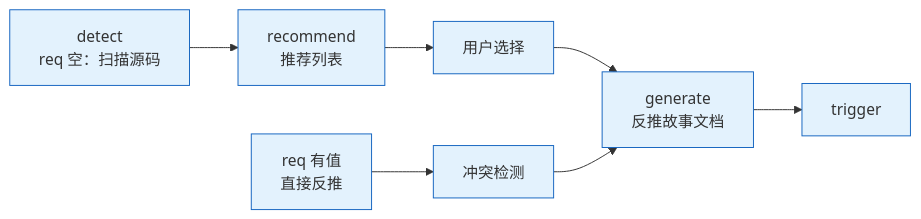
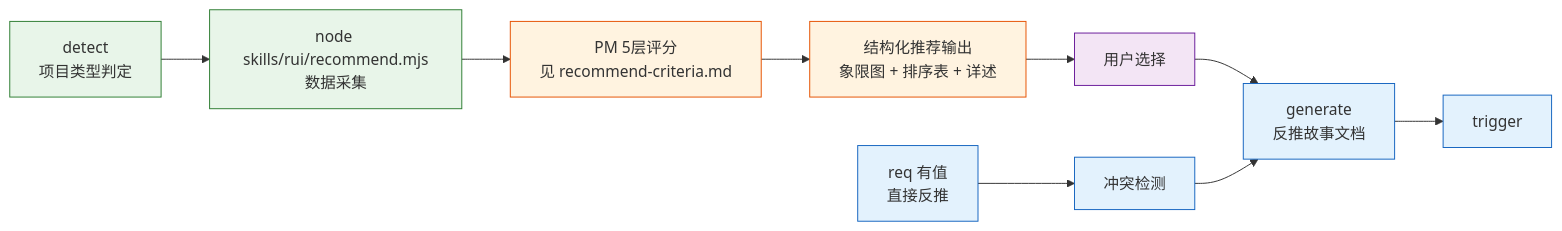
Before and after one commit to effiy/YrY: the tenth of 10 diagrams in skills/rui/SKILL.md, drawn with Mermaid. The commit also changed other lines of this file and 6 other files, not shown here.

````diff
--- a/skills/rui/SKILL.md
+++ b/skills/rui/SKILL.md
@@ -289,8 +289,15 @@
 ```mermaid
 flowchart LR
-    E1[detect<br/>req 空：扫描源码]:::s --> E2[recommend<br/>推荐列表]:::s --> E3[用户选择]:::s
-    E3 --> G[generate<br/>反推故事文档]:::s
-    R[req 有值<br/>直接反推]:::s --> C[冲突检测]:::s --> G
-    G --> T[trigger]:::s
+    E0["detect<br/>项目类型判定"]:::tool --> E1["node skills/rui/recommend.mjs<br/>数据采集"]:::tool
+    E1 --> E2["PM 5层评分<br/>见 recommend-criteria.md"]:::llm
+    E2 --> E3["结构化推荐输出<br/>象限图 + 排序表 + 详述"]:::llm
+    E3 --> E4["用户选择"]:::user
+    E4 --> G["generate<br/>反推故事文档"]:::s
+    R["req 有值<br/>直接反推"]:::s --> C["冲突检测"]:::s --> G
+    G --> T["trigger"]:::s
+
+    classDef tool fill:#e8f5e9,stroke:#2e7d32;
+    classDef llm fill:#fff3e0,stroke:#e65100;
+    classDef user fill:#f3e5f5,stroke:#6a1b9a;
     classDef s fill:#e3f2fd,stroke:#1565c0;
 ```
````
